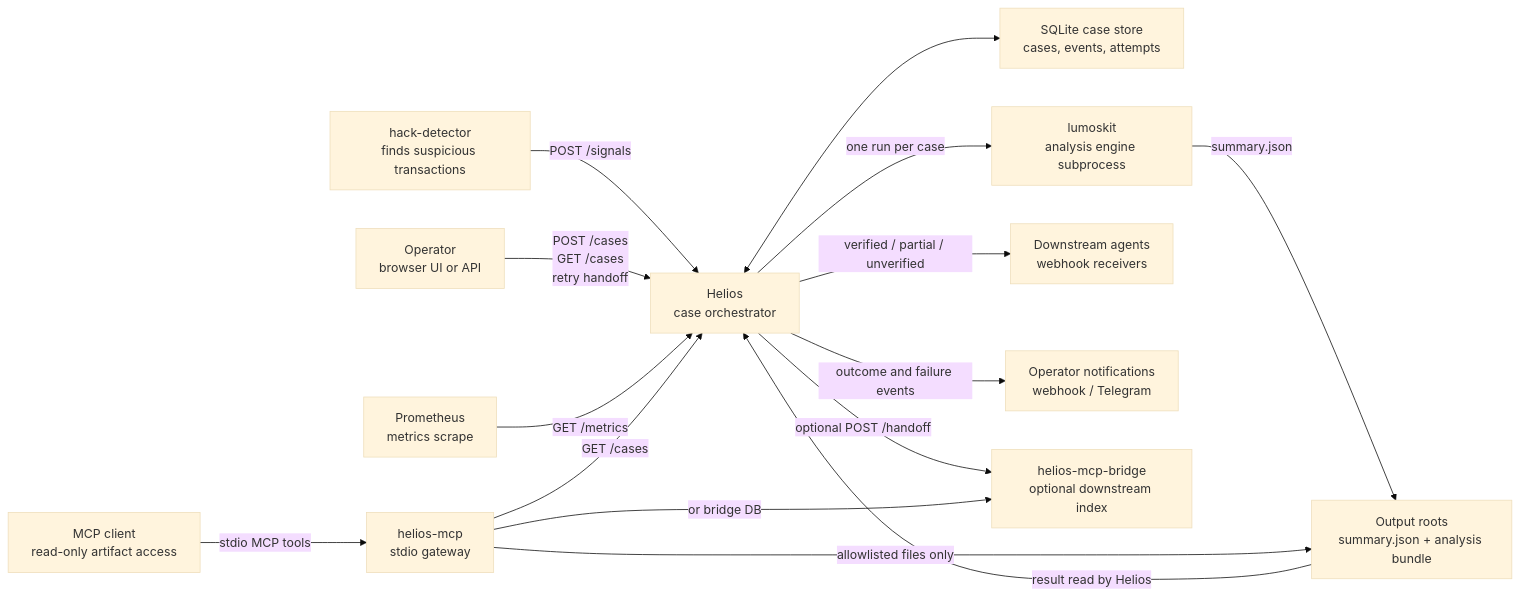
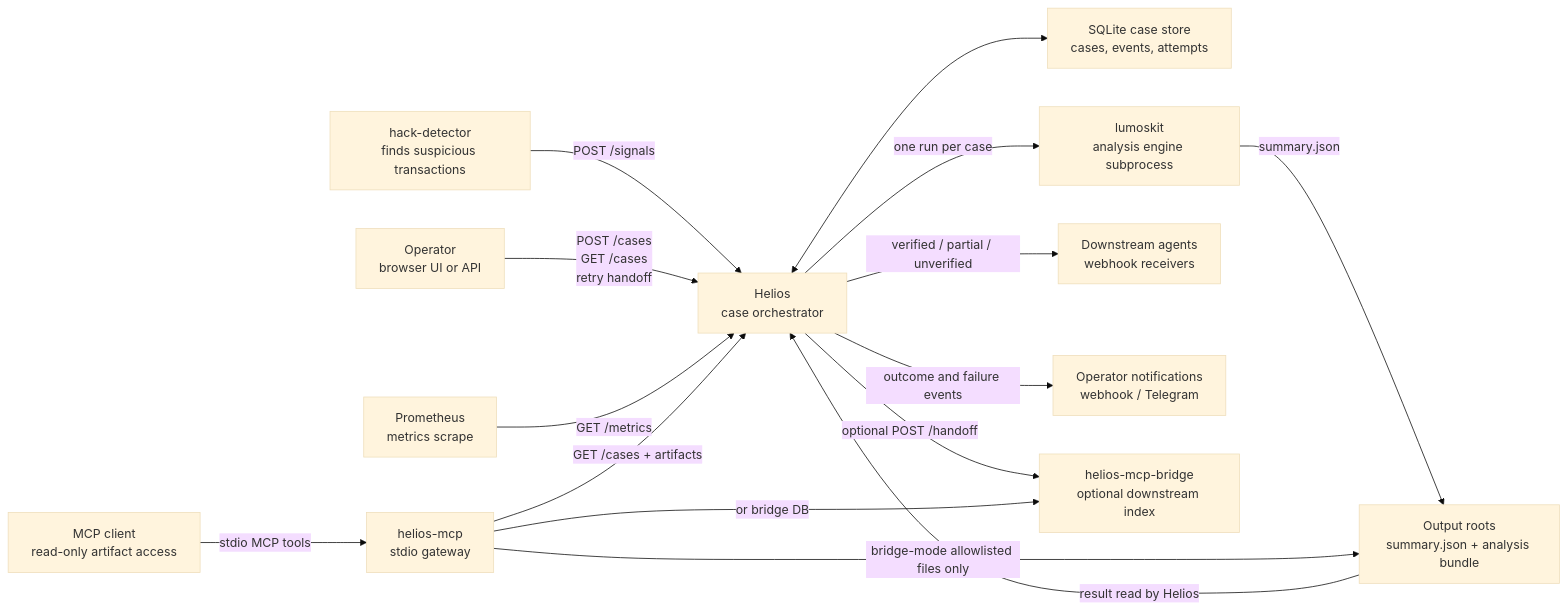
Before and after one commit to BackwardLabs/Backlight: the first of 2 diagrams in docs/architecture/overview.md, drawn with Mermaid (base theme). The commit also changed other lines of this file and 17 other files, not shown here.

First line of the commit message:
Minimize MCP client setup by serving artifacts through Helios

````diff
--- a/docs/architecture/overview.md
+++ b/docs/architecture/overview.md
@@ -17,30 +17,30 @@
 ```mermaid
 flowchart LR
     detector["hack-detector<br/>finds suspicious transactions"]
     operator["Operator<br/>browser UI or API"]
     helios["Helios<br/>case orchestrator"]
     store["SQLite case store<br/>cases, events, attempts"]
     outputs["Output roots<br/>summary.json + analysis bundle"]
     lumoskit["lumoskit<br/>analysis engine subprocess"]
     downstream["Downstream agents<br/>webhook receivers"]
     notify["Operator notifications<br/>webhook / Telegram"]
     prometheus["Prometheus<br/>metrics scrape"]
     mcp["MCP client<br/>read-only artifact access"]
     helios_mcp["helios-mcp<br/>stdio gateway"]
     mcp_bridge["helios-mcp-bridge<br/>optional downstream index"]
 
     detector -->|"POST /signals"| helios
     operator -->|"POST /cases<br/>GET /cases<br/>retry handoff"| helios
     helios <--> store
     helios -->|"one run per case"| lumoskit
     lumoskit -->|"summary.json"| outputs
     outputs -->|"result read by Helios"| helios
     helios -->|"verified / partial / unverified"| downstream
     helios -->|"optional POST /handoff"| mcp_bridge
     helios -->|"outcome and failure events"| notify
     prometheus -->|"GET /metrics"| helios
     mcp -->|"stdio MCP tools"| helios_mcp
-    helios_mcp -->|"GET /cases"| helios
+    helios_mcp -->|"GET /cases + artifacts"| helios
     helios_mcp -->|"or bridge DB"| mcp_bridge
-    helios_mcp -->|"allowlisted files only"| outputs
+    helios_mcp -->|"bridge-mode allowlisted files only"| outputs
 ```
````
